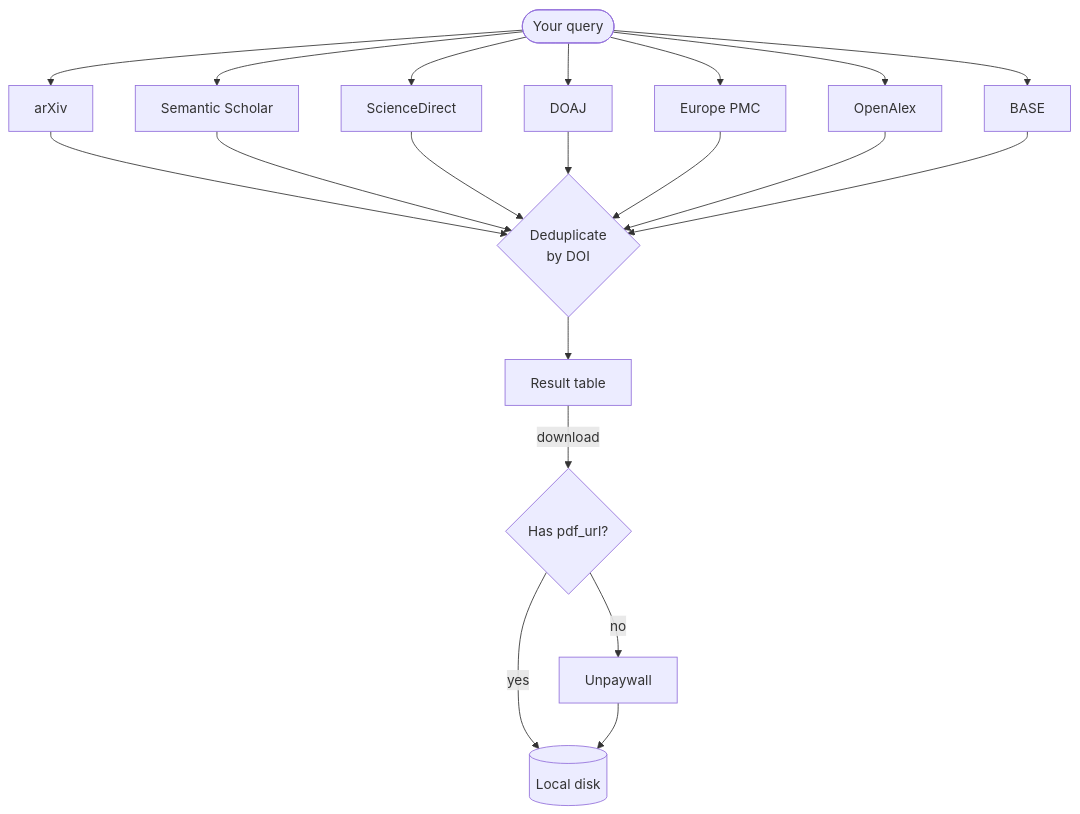
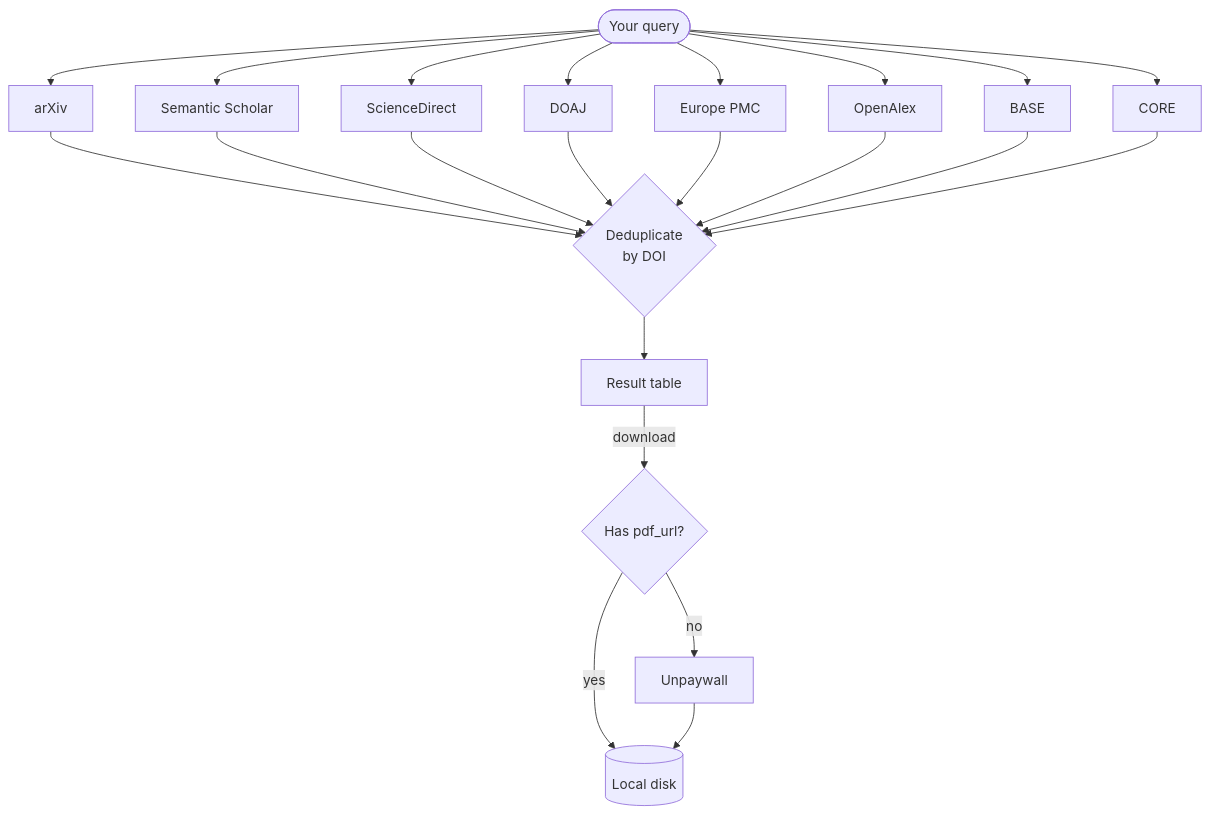
The diagram in docs/guide/sources.md (szaghi/mosaic), drawn with Mermaid before and after one commit. The commit also changed other lines of this file and 9 other files, not shown here.

````diff
--- a/docs/guide/sources.md
+++ b/docs/guide/sources.md
@@ -9,16 +9,17 @@
 ```mermaid
 flowchart TD
     Q([Your query]) --> A[arXiv]
     Q --> B[Semantic Scholar]
     Q --> C[ScienceDirect]
     Q --> D[DOAJ]
     Q --> E[Europe PMC]
     Q --> F[OpenAlex]
     Q --> G[BASE]
-    A & B & C & D & E & F & G --> H{Deduplicate\nby DOI}
-    H --> I[Result table]
-    I -->|download| J{Has pdf_url?}
-    J -- yes --> K[(Local disk)]
-    J -- no --> L[Unpaywall]
-    L --> K
+    Q --> H[CORE]
+    A & B & C & D & E & F & G & H --> I{Deduplicate\nby DOI}
+    I --> J[Result table]
+    J -->|download| K{Has pdf_url?}
+    K -- yes --> L[(Local disk)]
+    K -- no --> M[Unpaywall]
+    M --> L
 ```
````
